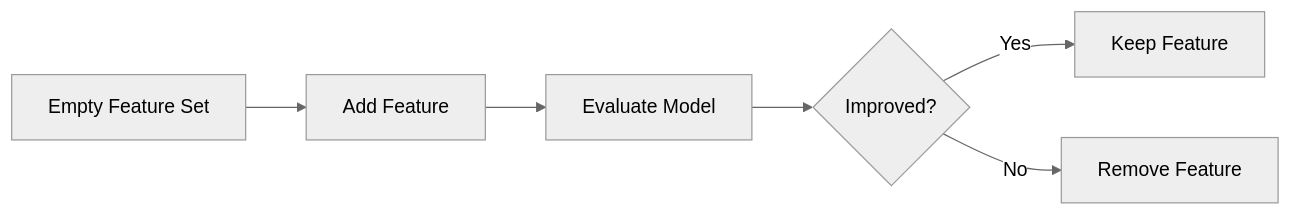
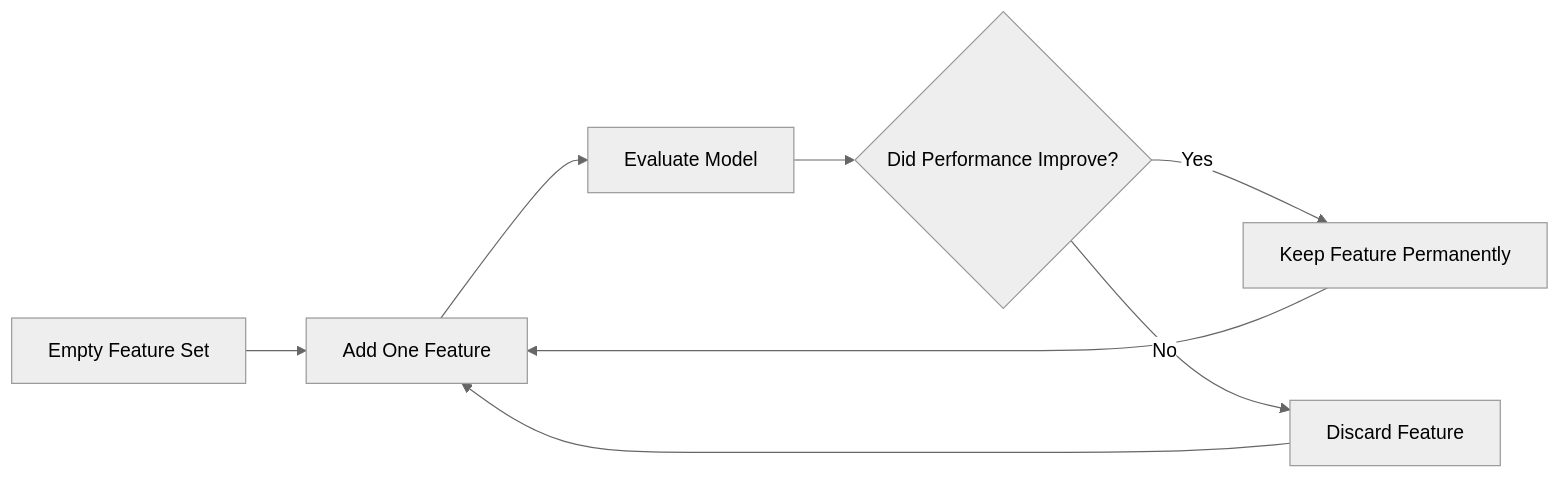
Before and after one commit to Balasubramanian-pg/MSC.-Data-Science-AI: the fourth of 7 diagrams in Trimester 1/Data Preprocessing/W06 - Data Reduction/L1/6.4. Attribute Subset Selection.md, drawn with Mermaid (neutral theme). The commit also changed other lines of this file, not shown here.

````diff
--- a/Trimester 1/Data Preprocessing/W06 - Data Reduction/L1/6.4. Attribute Subset Selection.md
+++ b/Trimester 1/Data Preprocessing/W06 - Data Reduction/L1/6.4. Attribute Subset Selection.md
@@ -341,12 +248,11 @@
 ```mermaid
 flowchart LR
     A[Empty Feature Set]
-    --> B[Add Feature]
-
+    --> B[Add One Feature]
     B --> C[Evaluate Model]
-
-    C --> D{Improved?}
-
-    D -->|Yes| E[Keep Feature]
-    D -->|No| F[Remove Feature]
+    C --> D{Did Performance Improve?}
+    D -->|Yes| E[Keep Feature Permanently]
+    D -->|No| F[Discard Feature]
+    E --> B
+    F --> B
 ```
````
